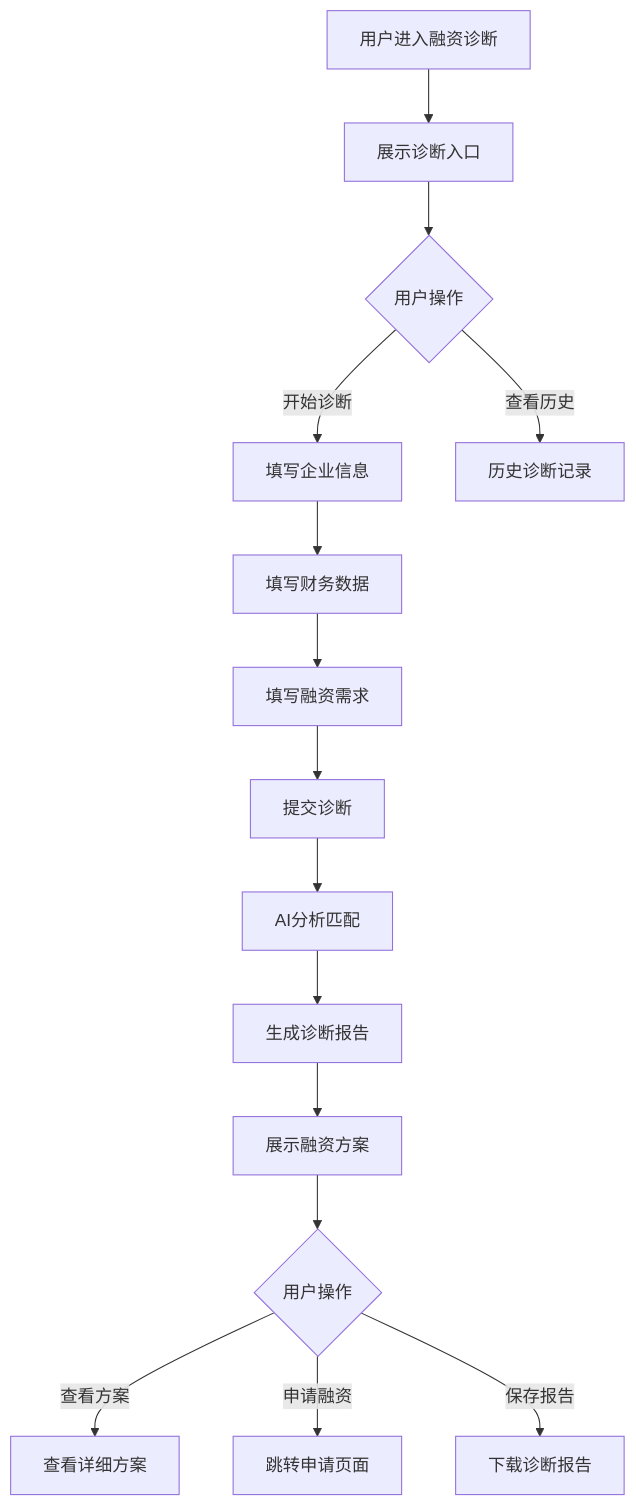
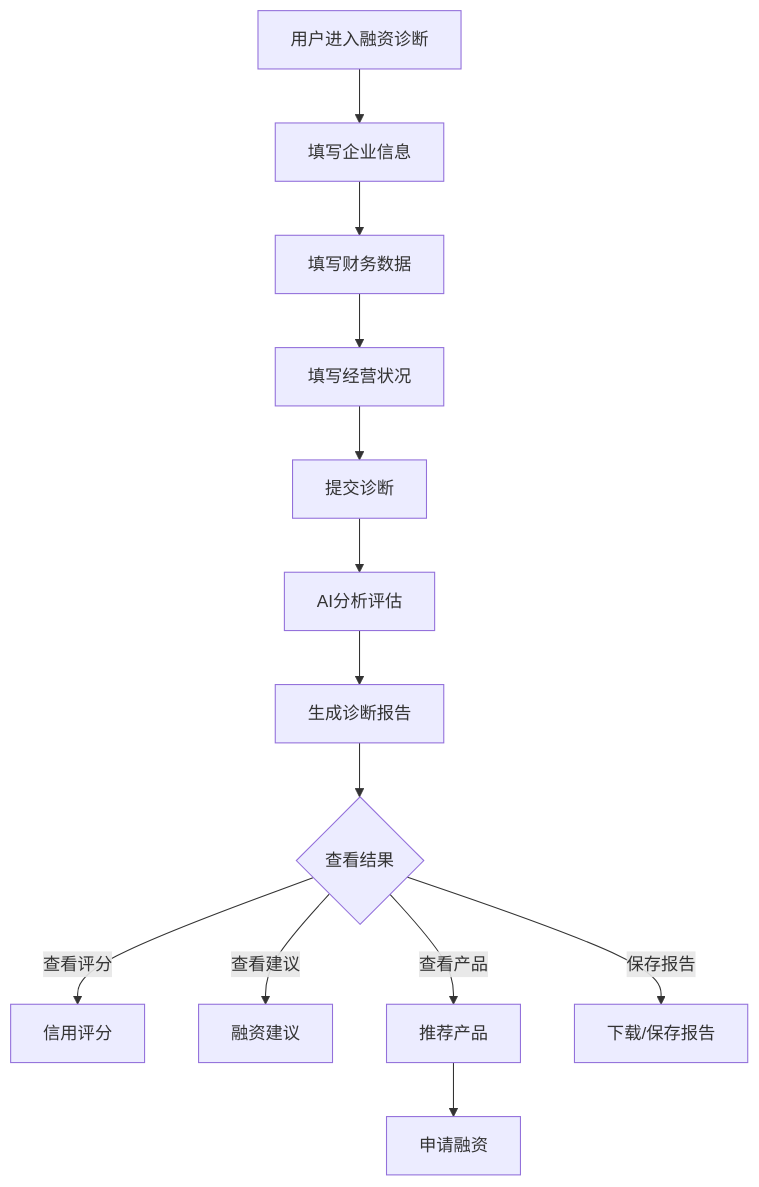
Before and after one commit to 573746624-hash/JZT------20260310: the diagram in docs/金融服务/融资诊断.md, drawn with Mermaid. The commit also changed other lines of this file and 25 other files, not shown here.

````diff
--- a/docs/金融服务/融资诊断.md
+++ b/docs/金融服务/融资诊断.md
@@ -9,17 +8,15 @@
 ```mermaid
 flowchart TD
-    A[用户进入融资诊断] --> B[展示诊断入口]
-    B --> C{用户操作}
-    C -->|开始诊断| D[填写企业信息]
-    C -->|查看历史| E[历史诊断记录]
-    D --> F[填写财务数据]
-    F --> G[填写融资需求]
-    G --> H[提交诊断]
-    H --> I[AI分析匹配]
-    I --> J[生成诊断报告]
-    J --> K[展示融资方案]
-    K --> L{用户操作}
-    L -->|查看方案| M[查看详细方案]
-    L -->|申请融资| N[跳转申请页面]
-    L -->|保存报告| O[下载诊断报告]
+    A[用户进入融资诊断] --> B[填写企业信息]
+    B --> C[填写财务数据]
+    C --> D[填写经营状况]
+    D --> E[提交诊断]
+    E --> F[AI分析评估]
+    F --> G[生成诊断报告]
+    G --> H{查看结果}
+    H -->|查看评分| I[信用评分]
+    H -->|查看建议| J[融资建议]
+    H -->|查看产品| K[推荐产品]
+    H -->|保存报告| L[下载/保存报告]
+    K --> M[申请融资]
 ```
````
